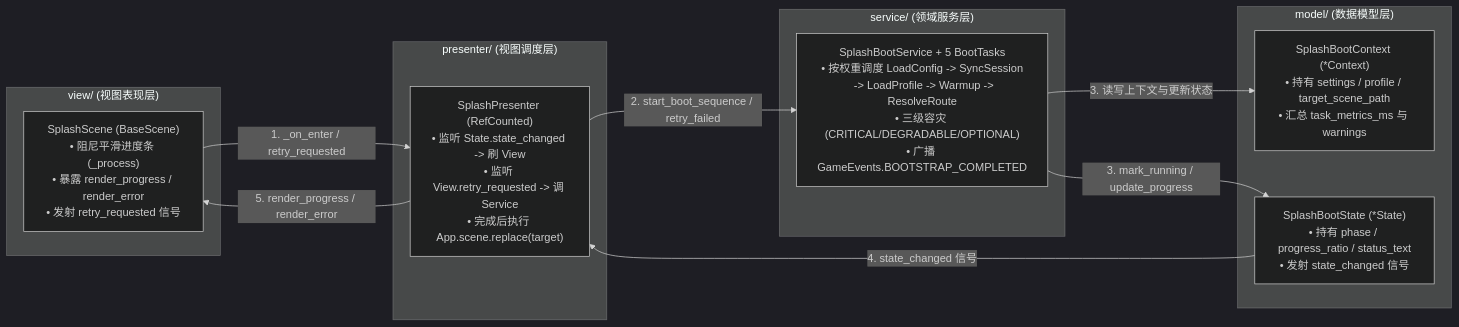
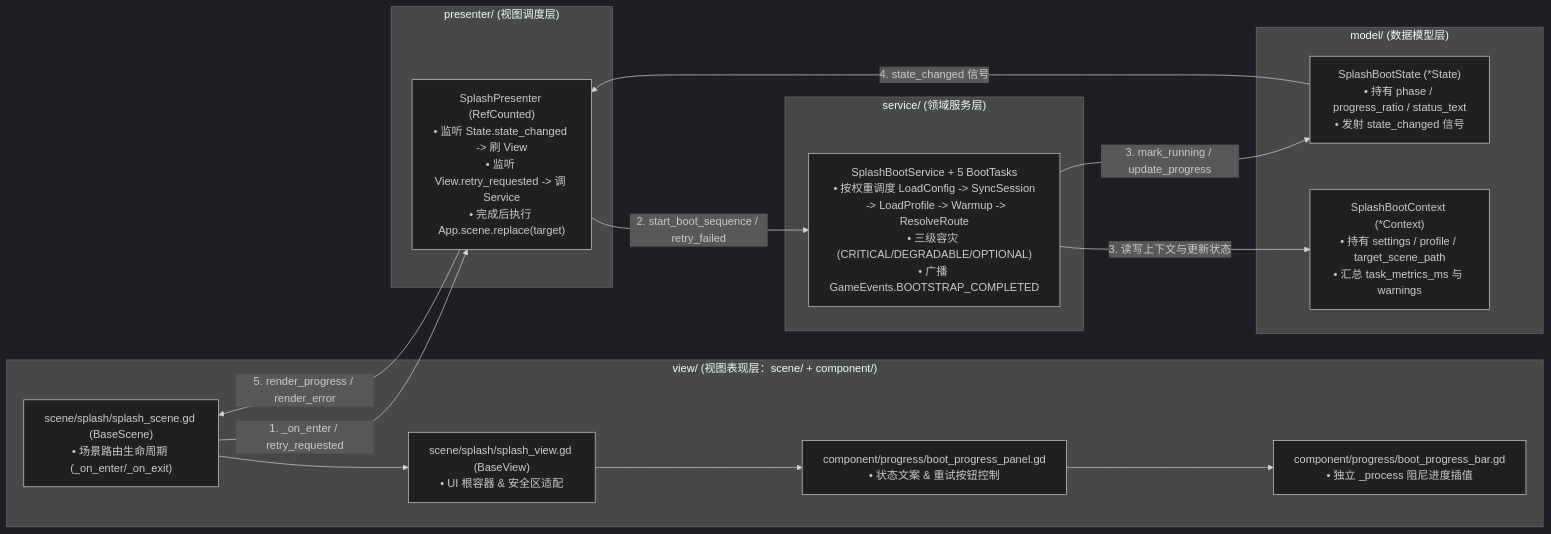
Before and after one commit to krace-tx/slacker-survivors: the diagram in src/game/features/splash/_doc_splash.md, drawn with Mermaid (dark theme). The commit also changed other lines of this file and 35 other files, not shown here.

Commit message:
feat: implement splash screen UI components and boot progress panel

````diff
--- a/src/game/features/splash/_doc_splash.md
+++ b/src/game/features/splash/_doc_splash.md
@@ -40,26 +48,30 @@
 ```mermaid
 flowchart LR
-    subgraph View ["view/ (视图表现层)"]
-        SplashScene["SplashScene (BaseScene)<br>• 阻尼平滑进度条 (_process)<br>• 暴露 render_progress / render_error<br>• 发射 retry_requested 信号"]
+    subgraph View ["view/ (视图表现层：scene/ + component/)"]
+        SplashScene["scene/splash/splash_scene.gd (BaseScene)<br>• 场景路由生命周期 (_on_enter/_on_exit)"]
+        SplashView["scene/splash/splash_view.gd (BaseView)<br>• UI 根容器 & 安全区适配"]
+        BootPanel["component/progress/boot_progress_panel.gd<br>• 状态文案 & 重试按钮控制"]
+        BootBar["component/progress/boot_progress_bar.gd<br>• 独立 _process 阻尼进度插值"]
+        SplashScene --> SplashView --> BootPanel --> BootBar
     end
 
     subgraph Presenter ["presenter/ (视图调度层)"]
         SplashPresenter["SplashPresenter (RefCounted)<br>• 监听 State.state_changed -> 刷 View<br>• 监听 View.retry_requested -> 调 Service<br>• 完成后执行 App.scene.replace(target)"]
     end
 
     subgraph Service ["service/ (领域服务层)"]
         SplashBootService["SplashBootService + 5 BootTasks<br>• 按权重调度 LoadConfig -> SyncSession<br>  -> LoadProfile -> Warmup -> ResolveRoute<br>• 三级容灾 (CRITICAL/DEGRADABLE/OPTIONAL)<br>• 广播 GameEvents.BOOTSTRAP_COMPLETED"]
     end
 
     subgraph Model ["model/ (数据模型层)"]
         SplashBootState["SplashBootState (*State)<br>• 持有 phase / progress_ratio / status_text<br>• 发射 state_changed 信号"]
         SplashBootContext["SplashBootContext (*Context)<br>• 持有 settings / profile / target_scene_path<br>• 汇总 task_metrics_ms 与 warnings"]
     end
 
     SplashScene --"1. _on_enter / retry_requested"--> SplashPresenter
     SplashPresenter --"2. start_boot_sequence / retry_failed"--> SplashBootService
     SplashBootService --"3. 读写上下文与更新状态"--> SplashBootContext
     SplashBootService --"3. mark_running / update_progress"--> SplashBootState
     SplashBootState --"4. state_changed 信号"--> SplashPresenter
     SplashPresenter --"5. render_progress / render_error"--> SplashScene
 ```
````
